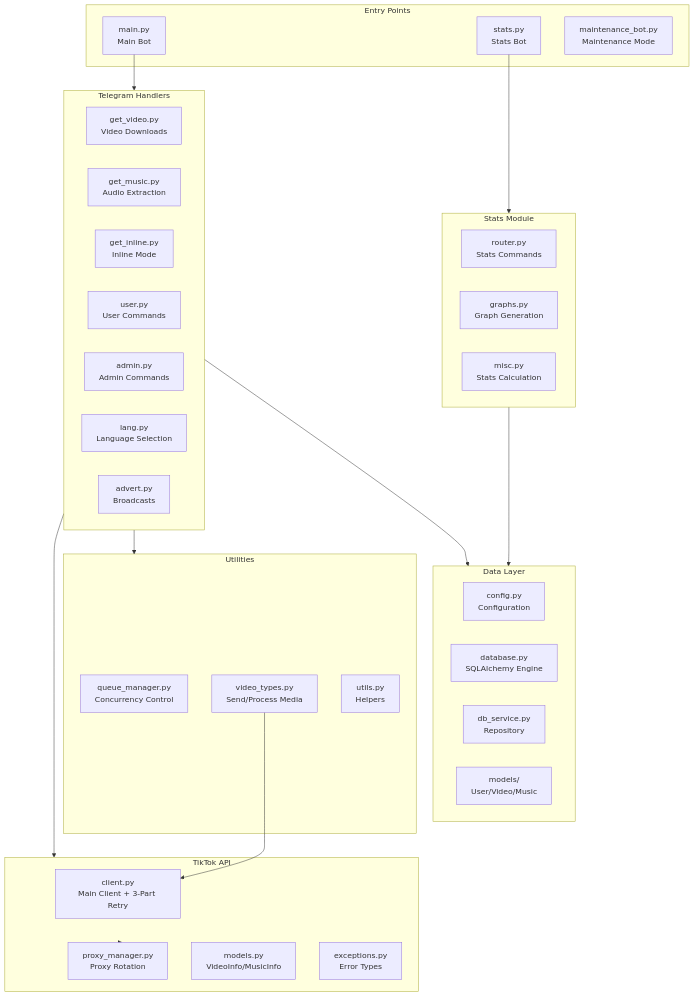
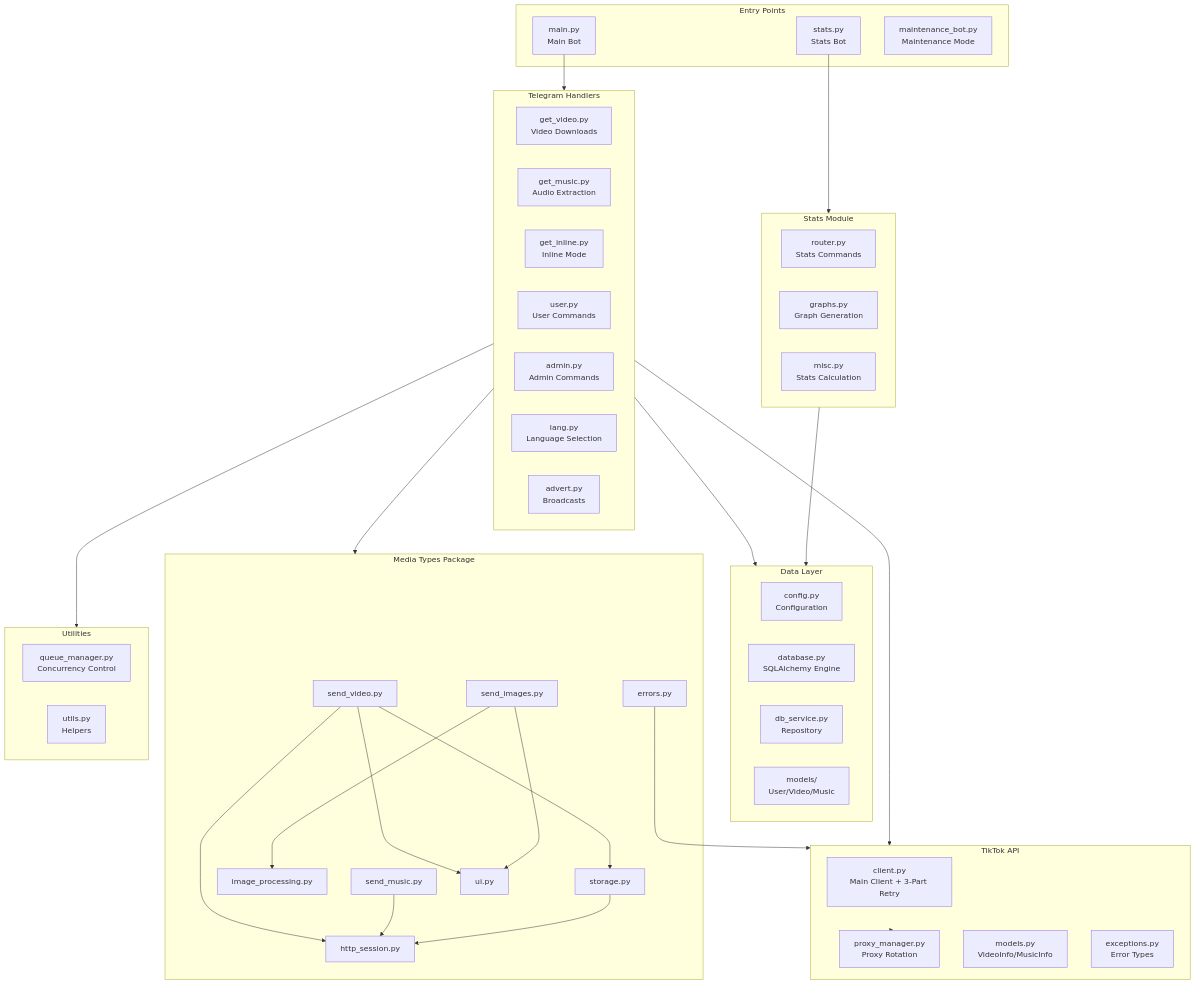
Before and after one commit to karilaa-dev/tt-bot: the first of 5 diagrams in docs/CODEBASE_MAP.md, drawn with Mermaid. The commit also changed other lines of this file and 32 other files, not shown here.

````diff
--- a/docs/CODEBASE_MAP.md
+++ b/docs/CODEBASE_MAP.md
@@ -18,53 +18,71 @@
 ```mermaid
 graph TB
     subgraph Entry["Entry Points"]
         Main[main.py<br/>Main Bot]
         Stats[stats.py<br/>Stats Bot]
         Maint[maintenance_bot.py<br/>Maintenance Mode]
     end
 
     subgraph Handlers["Telegram Handlers"]
         Video[get_video.py<br/>Video Downloads]
         Music[get_music.py<br/>Audio Extraction]
         Inline[get_inline.py<br/>Inline Mode]
         User[user.py<br/>User Commands]
         Admin[admin.py<br/>Admin Commands]
         Lang[lang.py<br/>Language Selection]
         Advert[advert.py<br/>Broadcasts]
     end
 
     subgraph TikTok["TikTok API"]
         Client[client.py<br/>Main Client + 3-Part Retry]
         Proxy[proxy_manager.py<br/>Proxy Rotation]
         Models[models.py<br/>VideoInfo/MusicInfo]
         Exc[exceptions.py<br/>Error Types]
     end
 
     subgraph Data["Data Layer"]
         Config[config.py<br/>Configuration]
         DB[database.py<br/>SQLAlchemy Engine]
         DBSvc[db_service.py<br/>Repository]
         DBModels[models/<br/>User/Video/Music]
     end
 
+    subgraph MediaPkg["Media Types Package"]
+        SendVid[send_video.py]
+        SendImg[send_images.py]
+        SendMus[send_music.py]
+        HttpSes[http_session.py]
+        ImgProc[image_processing.py]
+        ErrMap[errors.py]
+        Storage[storage.py]
+        UI[ui.py]
+    end
+
     subgraph Misc["Utilities"]
         Queue[queue_manager.py<br/>Concurrency Control]
-        VTypes[video_types.py<br/>Send/Process Media]
         Utils[utils.py<br/>Helpers]
     end
 
     subgraph StatsM["Stats Module"]
         Router[router.py<br/>Stats Commands]
         Graphs[graphs.py<br/>Graph Generation]
         StMisc[misc.py<br/>Stats Calculation]
     end
 
     Main --> Handlers
     Stats --> StatsM
     Handlers --> TikTok
+    Handlers --> MediaPkg
     Handlers --> Misc
     TikTok --> Proxy
     Handlers --> Data
     StatsM --> Data
-    VTypes --> Client
+    SendVid --> HttpSes
+    SendVid --> Storage
+    SendVid --> UI
+    SendImg --> ImgProc
+    SendImg --> UI
+    SendMus --> HttpSes
+    Storage --> HttpSes
+    ErrMap --> TikTok
 ```
````
